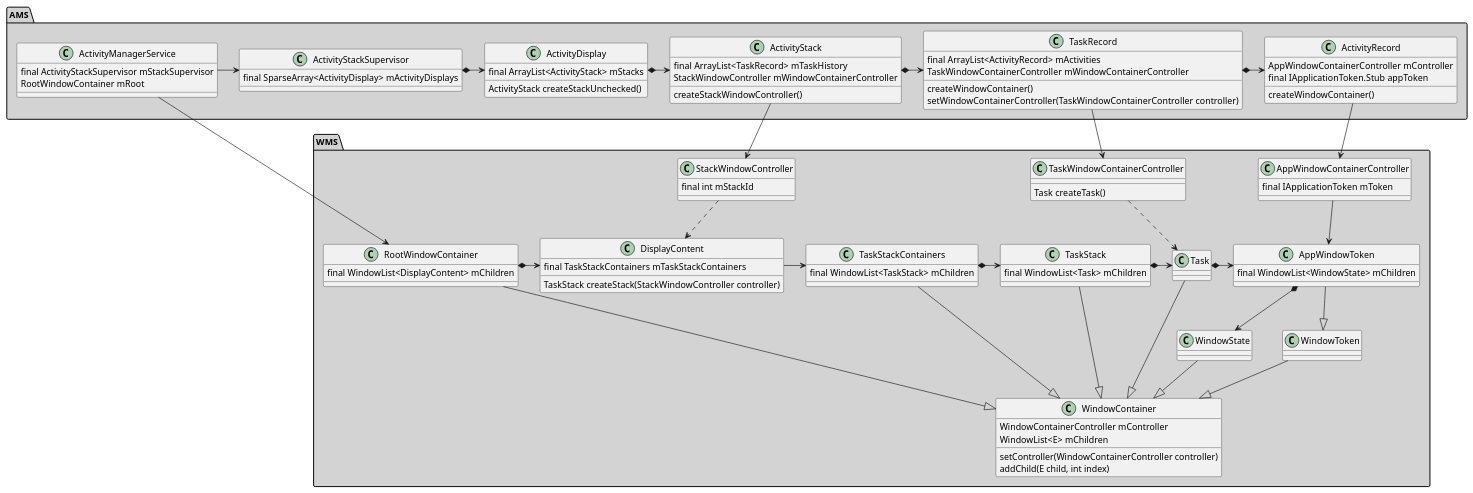
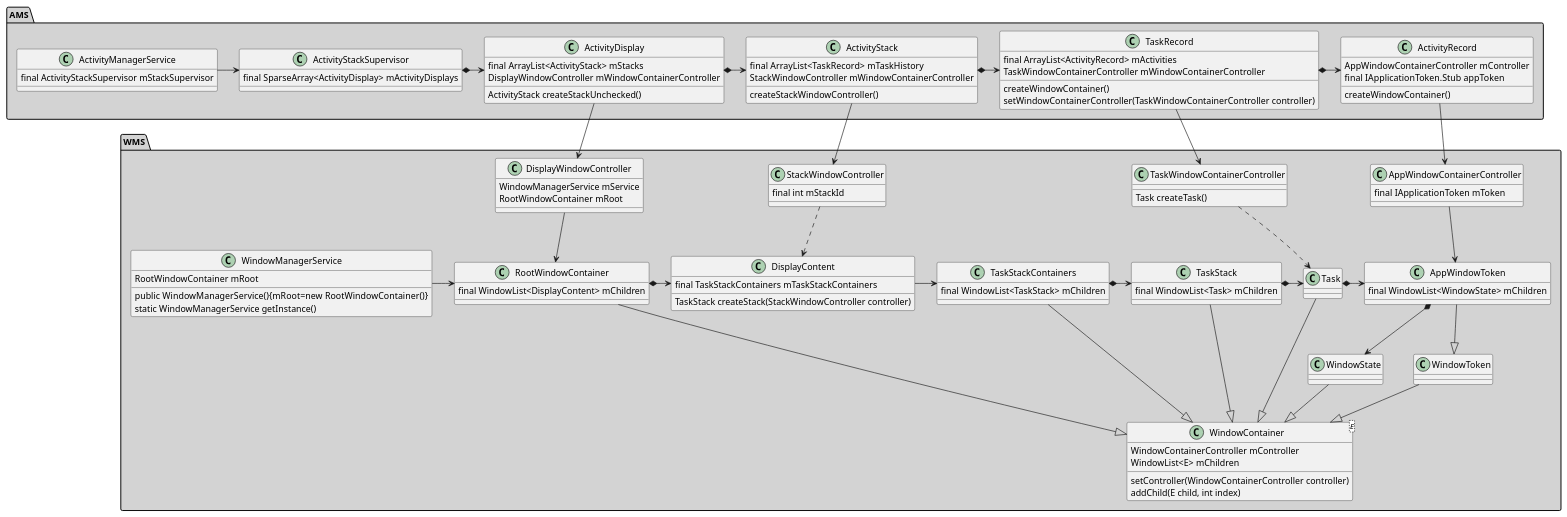
The diagram in app/src/main/java/com/javalive09/demos/uml/AMS&WMS.puml (javalive09/CodeBag), drawn with PlantUML before and after one commit. The commit also changed 6 other files, not shown here.

Commit message:
add uml file

```diff
--- a/app/src/main/java/com/javalive09/demos/uml/AMS&WMS.puml
+++ b/app/src/main/java/com/javalive09/demos/uml/AMS&WMS.puml
@@ -1,136 +1,135 @@
 @startuml
 
 
 package AMS #LightGray{
 class ActivityManagerService {
     final ActivityStackSupervisor mStackSupervisor
-    RootWindowContainer mRoot
 }
 
 class ActivityStackSupervisor {
     final SparseArray<ActivityDisplay> mActivityDisplays
 }
 
 
 class ActivityDisplay {
     final ArrayList<ActivityStack> mStacks
+    DisplayWindowController mWindowContainerController
     ActivityStack createStackUnchecked()
 }
 
 
 class ActivityStack {
     final ArrayList<TaskRecord> mTaskHistory
     StackWindowController mWindowContainerController
     createStackWindowController()
 }
 
 class TaskRecord {
     final ArrayList<ActivityRecord> mActivities
     TaskWindowContainerController mWindowContainerController
     createWindowContainer()
     setWindowContainerController(TaskWindowContainerController controller)
 }
 
 class ActivityRecord {
     AppWindowContainerController mController
     final IApplicationToken.Stub appToken
     createWindowContainer()
 }
 }
 
 
 package WMS #LightGray {
+class WindowManagerService {
+    RootWindowContainer mRoot
+    public  WindowManagerService(){mRoot=new RootWindowContainer()}
+    static WindowManagerService getInstance()
+}
 class AppWindowContainerController {
     final IApplicationToken mToken
+}
+class DisplayWindowController {
+    WindowManagerService mService
+    RootWindowContainer mRoot
 }
 
 class AppWindowToken {
     final WindowList<WindowState> mChildren
 }
 
 class TaskWindowContainerController {
     Task createTask()
 }
 
 class WindowState {
 
 }
 
 class StackWindowController {
     final int mStackId
 }
 
 class TaskStack {
     final WindowList<Task> mChildren
 }
 
 class DisplayContent {
     final TaskStackContainers mTaskStackContainers
     TaskStack createStack(StackWindowController controller)
 }
 
-'class WindowContainerController {
-'    RootWindowContainer mRoot
-'}
-
-class WindowContainer {
+class WindowContainer<E> {
     WindowContainerController mController
     WindowList<E> mChildren
     setController(WindowContainerController controller)
     addChild(E child, int index)
 }
 
 class Task {
 
 }
 
 class WindowToken {
 
 }
 
 class RootWindowContainer {
     final WindowList<DisplayContent> mChildren
 }
 
 class TaskStackContainers {
     final WindowList<TaskStack> mChildren
 }
 }
 
 ActivityManagerService -right-> ActivityStackSupervisor
 ActivityStackSupervisor *-right-> ActivityDisplay
 ActivityDisplay *-right-> ActivityStack
 ActivityStack *-right-> TaskRecord
 TaskRecord *-right-> ActivityRecord
 
-
-
-ActivityManagerService -down-> RootWindowContainer
+ActivityDisplay --> DisplayWindowController
+DisplayWindowController --> RootWindowContainer
+WindowManagerService -right-> RootWindowContainer
 RootWindowContainer --|> WindowContainer
 RootWindowContainer *-right-> DisplayContent
 ActivityStack --> StackWindowController
-'StackWindowController ..> DisplayContent
-'StackWindowController -down-|> WindowContainerController
-'DisplayContent ..> TaskStack
 DisplayContent -right-> TaskStackContainers
 TaskStackContainers *-right-> TaskStack
 TaskStackContainers --|> WindowContainer
 TaskStack --|> WindowContainer
 TaskStack *-right-> Task
 TaskRecord --> TaskWindowContainerController
-'TaskWindowContainerController --> Task
-'TaskWindowContainerController --|> WindowContainerController
 Task --|> WindowContainer
 Task *-right-> AppWindowToken
 ActivityRecord --> AppWindowContainerController
-'AppWindowContainerController --|> WindowContainerController
 AppWindowContainerController --> AppWindowToken
 AppWindowToken *-right-> WindowState
 AppWindowToken --|> WindowToken
 WindowToken --|> WindowContainer
 WindowState --|> WindowContainer
 StackWindowController ..> DisplayContent
 TaskWindowContainerController ..> Task
 
 
 @enduml
```
